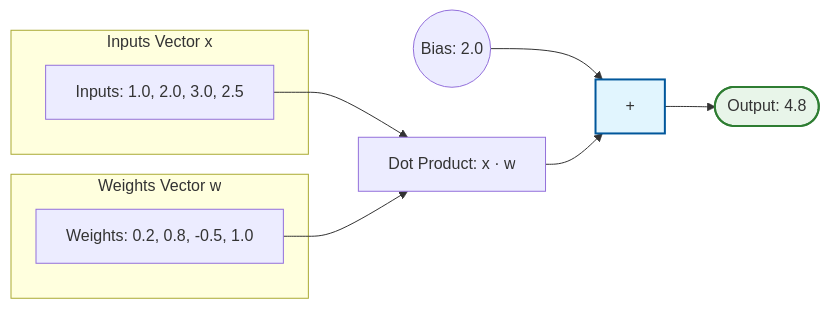
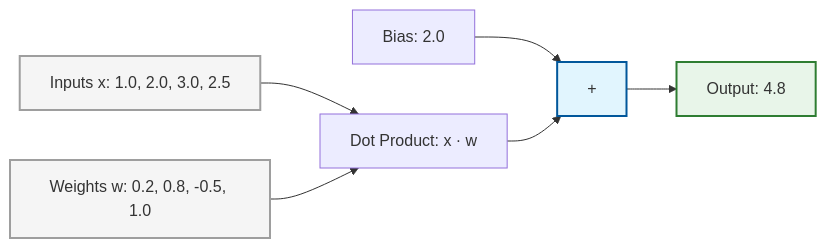
One commit to holycompile/Neural_Networks_from-_Scratch changed the third of 8 diagrams in README.md. Above: the diagram before and after it, drawn with Mermaid. The commit also changed other lines of this file, not shown here.

````diff
--- a/README.md
+++ b/README.md
@@ -129,16 +84,13 @@
 ```mermaid
 graph LR
-    subgraph Inputs Vector x
-        X[Inputs: 1.0, 2.0, 3.0, 2.5]
-    end
-    subgraph Weights Vector w
-        W[Weights: 0.2, 0.8, -0.5, 1.0]
-    end
-    X & W --> Dot["Dot Product: x · w"]
-    Bias((Bias: 2.0)) --> Add[+]
+    X["Inputs x: 1.0, 2.0, 3.0, 2.5"] --> Dot["Dot Product: x · w"]
+    W["Weights w: 0.2, 0.8, -0.5, 1.0"] --> Dot
+    Bias["Bias: 2.0"] --> Add["+"]
     Dot --> Add
-    Add --> Output([Output: 4.8])
-    
+    Add --> Out["Output: 4.8"]
+
+    style X fill:#f5f5f5,stroke:#9e9e9e,stroke-width:2px;
+    style W fill:#f5f5f5,stroke:#9e9e9e,stroke-width:2px;
     style Add fill:#e1f5fe,stroke:#01579b,stroke-width:2px;
-    style Output fill:#e8f5e9,stroke:#2e7d32,stroke-width:2px;
+    style Out fill:#e8f5e9,stroke:#2e7d32,stroke-width:2px;
 ```
````
